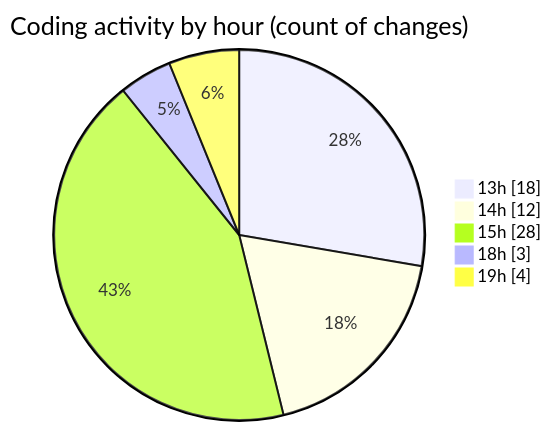
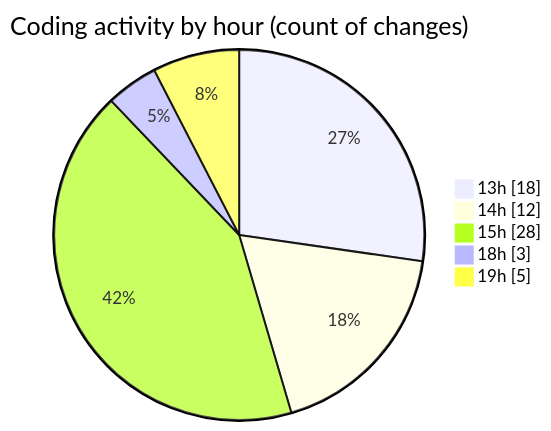
The second of 2 diagrams in 2025-06-16/studio-backend/README.md (idhammustaqopulfikri/code-tracking), drawn with Mermaid before and after one commit. The commit also changed other lines of this file and 1 other file, not shown here.

````diff
--- a/2025-06-16/studio-backend/README.md
+++ b/2025-06-16/studio-backend/README.md
@@ -42,9 +42,9 @@
 ```mermaid
 pie showData
 title Coding activity by hour (count of changes)
 "13h" : 18
 "14h" : 12
 "15h" : 28
 "18h" : 3
-"19h" : 4
+"19h" : 5
 ```
````
